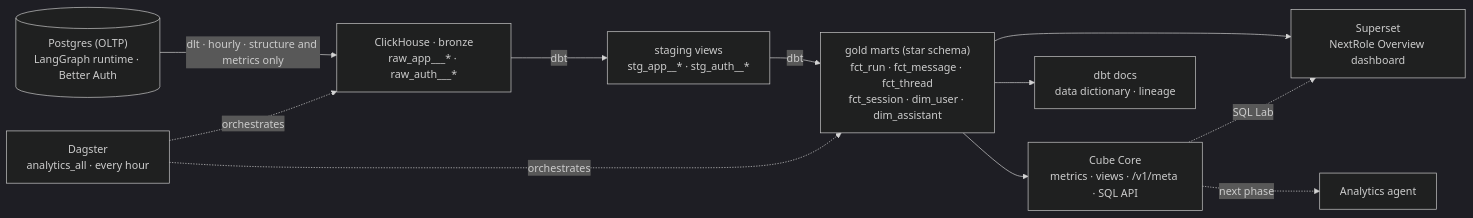
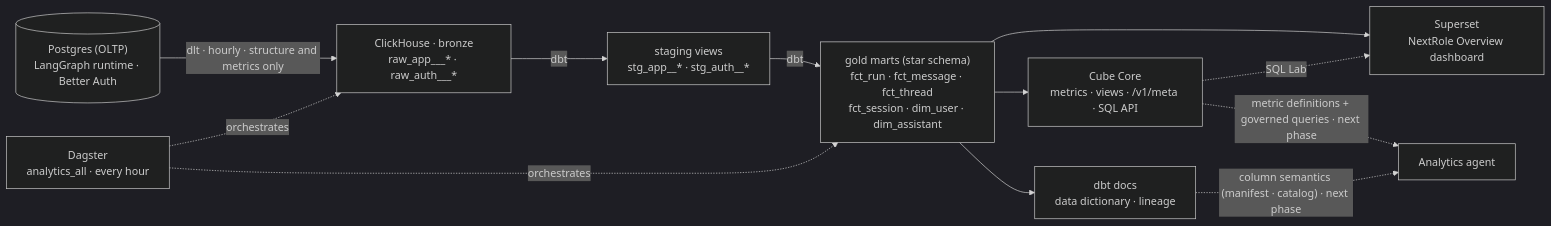
One commit to tam159/next-role changed the diagram in analytics/README.md. Above: the diagram before and after it, drawn with Mermaid (dark theme).

Commit message:
docs: draw the dbt docs → analytics agent edge in the architecture diagram
The agent reads column semantics from dbt's manifest/catalog as well as metric
definitions from Cube; the diagram only showed the Cube edge.

````diff
--- a/analytics/README.md
+++ b/analytics/README.md
@@ -22,14 +22,15 @@
 ```mermaid
 flowchart LR
   PG[("Postgres (OLTP)<br/>LangGraph runtime · Better Auth")]
   PG -- "dlt · hourly · structure and metrics only" --> BR["ClickHouse · bronze<br/>raw_app___* · raw_auth___*"]
   BR -- dbt --> ST["staging views<br/>stg_app__* · stg_auth__*"]
   ST -- dbt --> GM["gold marts (star schema)<br/>fct_run · fct_message · fct_thread<br/>fct_session · dim_user · dim_assistant"]
   GM --> CUBE["Cube Core<br/>metrics · views · /v1/meta · SQL API"]
   GM --> SS["Superset<br/>NextRole Overview dashboard"]
   GM --> DOCS["dbt docs<br/>data dictionary · lineage"]
   CUBE -. "SQL Lab" .-> SS
-  CUBE -. "next phase" .-> AGENT["Analytics agent"]
+  CUBE -. "metric definitions + governed queries · next phase" .-> AGENT["Analytics agent"]
+  DOCS -. "column semantics (manifest · catalog) · next phase" .-> AGENT
   DAG["Dagster<br/>analytics_all · every hour"] -. orchestrates .-> BR
   DAG -. orchestrates .-> GM
 ```
````
